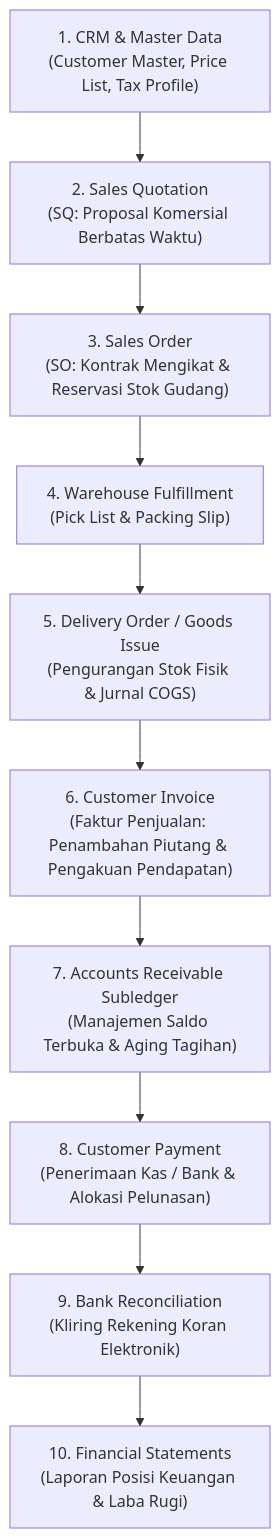
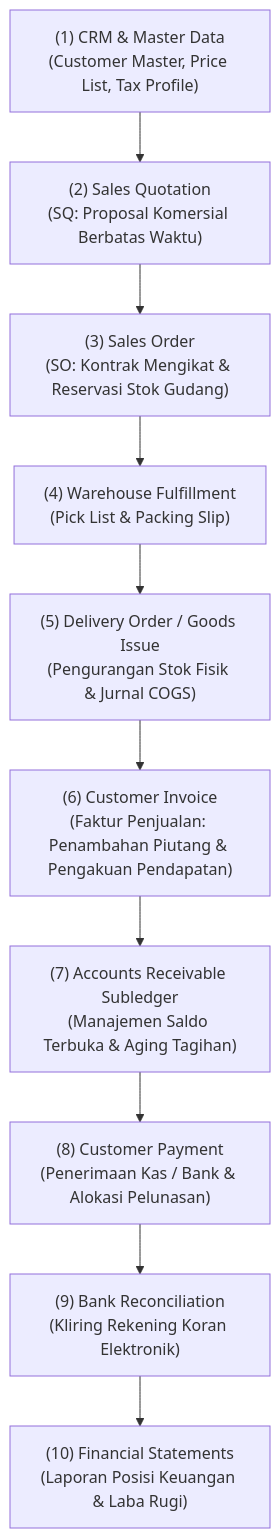
The first of 2 diagrams in content/03-sales/order-to-cash-integration.md (alimurrofid/erp-notes), drawn with Mermaid before and after one commit. The commit also changed other lines of this file and 132 other files, not shown here.

````diff
--- a/content/03-sales/order-to-cash-integration.md
+++ b/content/03-sales/order-to-cash-integration.md
@@ -21,16 +21,16 @@
 ```mermaid
 flowchart TD
-    CRM["1. CRM & Master Data<br/>(Customer Master, Price List, Tax Profile)"]
-    --> Quot["2. Sales Quotation<br/>(SQ: Proposal Komersial Berbatas Waktu)"]
-    --> SO["3. Sales Order<br/>(SO: Kontrak Mengikat & Reservasi Stok Gudang)"]
+    CRM["(1) CRM & Master Data<br/>(Customer Master, Price List, Tax Profile)"]
+    --> Quot["(2) Sales Quotation<br/>(SQ: Proposal Komersial Berbatas Waktu)"]
+    --> SO["(3) Sales Order<br/>(SO: Kontrak Mengikat & Reservasi Stok Gudang)"]
     
-    SO --> WMS["4. Warehouse Fulfillment<br/>(Pick List & Packing Slip)"]
-    WMS --> DO["5. Delivery Order / Goods Issue<br/>(Pengurangan Stok Fisik & Jurnal COGS)"]
+    SO --> WMS["(4) Warehouse Fulfillment<br/>(Pick List & Packing Slip)"]
+    WMS --> DO["(5) Delivery Order / Goods Issue<br/>(Pengurangan Stok Fisik & Jurnal COGS)"]
     
-    DO --> INV["6. Customer Invoice<br/>(Faktur Penjualan: Penambahan Piutang & Pengakuan Pendapatan)"]
-    INV --> AR["7. Accounts Receivable Subledger<br/>(Manajemen Saldo Terbuka & Aging Tagihan)"]
+    DO --> INV["(6) Customer Invoice<br/>(Faktur Penjualan: Penambahan Piutang & Pengakuan Pendapatan)"]
+    INV --> AR["(7) Accounts Receivable Subledger<br/>(Manajemen Saldo Terbuka & Aging Tagihan)"]
     
-    AR --> PAY["8. Customer Payment<br/>(Penerimaan Kas / Bank & Alokasi Pelunasan)"]
-    PAY --> REC["9. Bank Reconciliation<br/>(Kliring Rekening Koran Elektronik)"]
-    REC --> FIN["10. Financial Statements<br/>(Laporan Posisi Keuangan & Laba Rugi)"]
+    AR --> PAY["(8) Customer Payment<br/>(Penerimaan Kas / Bank & Alokasi Pelunasan)"]
+    PAY --> REC["(9) Bank Reconciliation<br/>(Kliring Rekening Koran Elektronik)"]
+    REC --> FIN["(10) Financial Statements<br/>(Laporan Posisi Keuangan & Laba Rugi)"]
 ```
````
